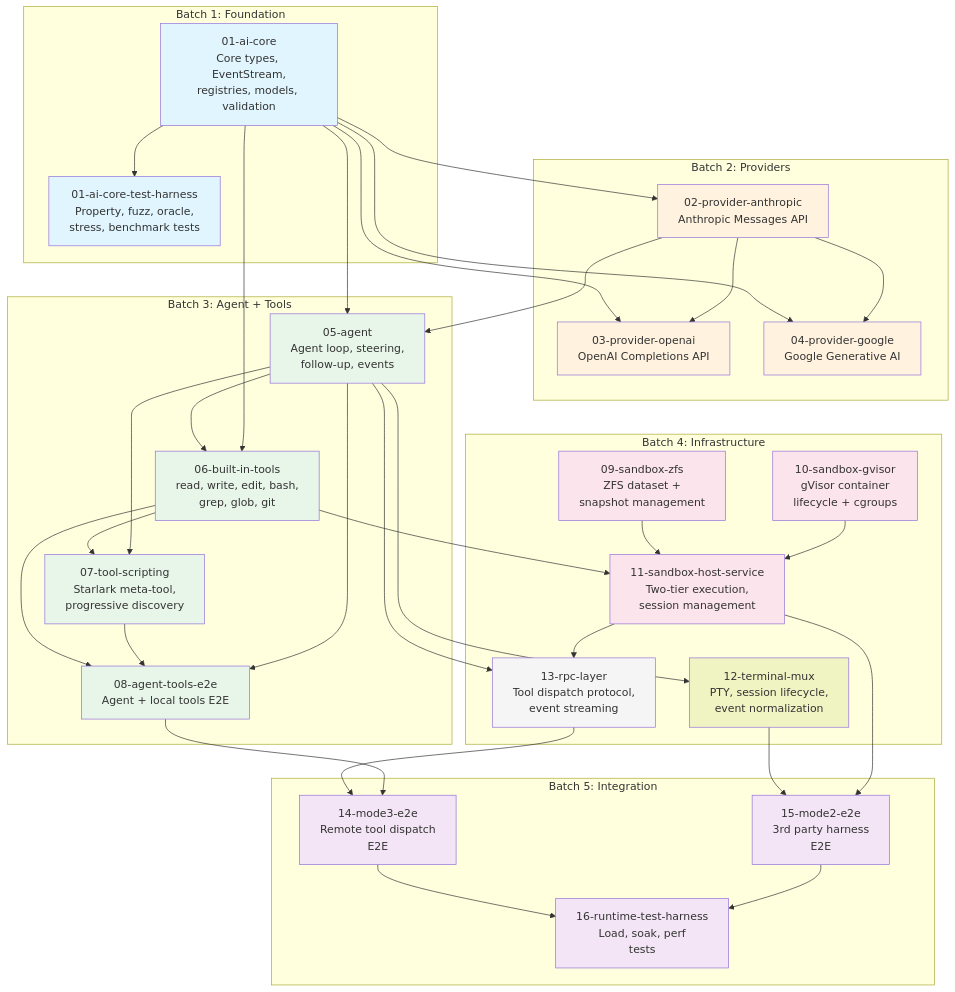
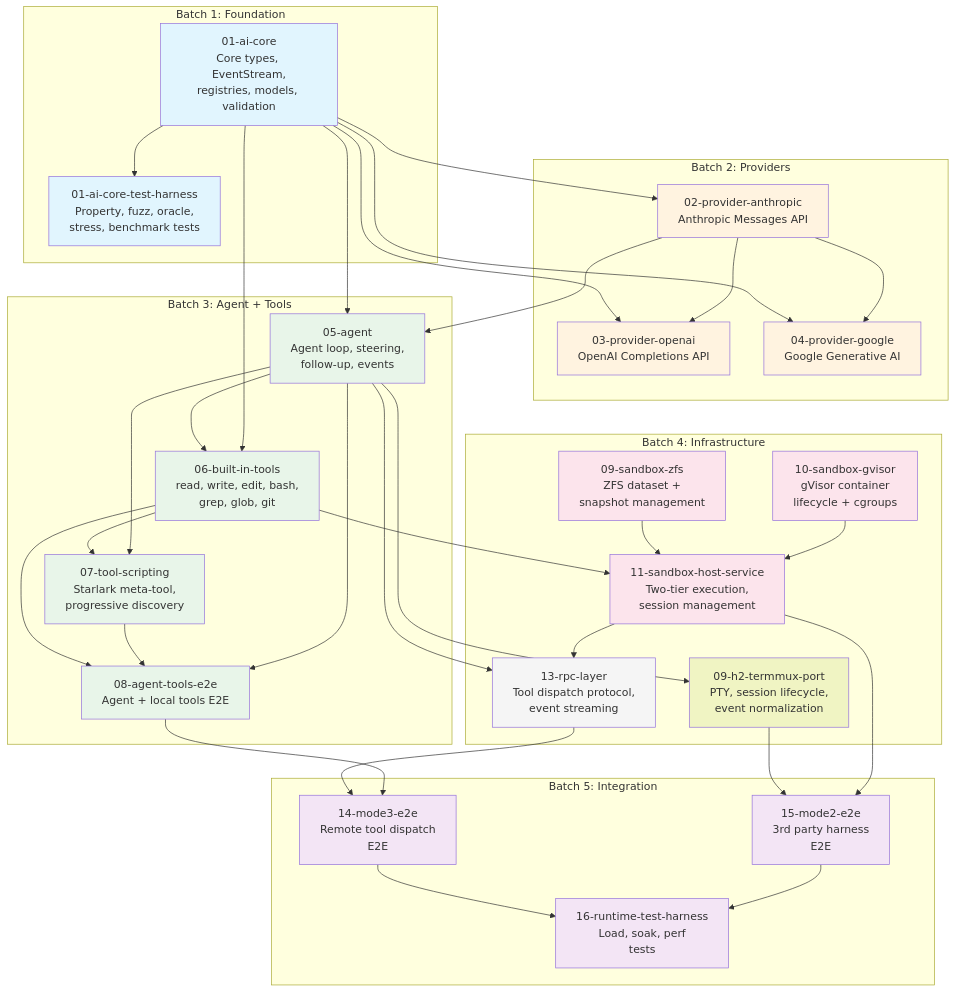
The diagram in docs/plans/00-plan-index.md (dcosson/flex-agent-runtime), drawn with Mermaid before and after one commit. The commit also changed other lines of this file and 2 other files, not shown here.

First line of the commit message:
Add terminal mux port plan, fix compaction to V1, update plan index

````diff
--- a/docs/plans/00-plan-index.md
+++ b/docs/plans/00-plan-index.md
@@ -83,82 +83,82 @@
 ```mermaid
 graph TD
     subgraph "Batch 1: Foundation"
         A[01-ai-core<br/>Core types, EventStream,<br/>registries, models, validation]
         AH[01-ai-core-test-harness<br/>Property, fuzz, oracle,<br/>stress, benchmark tests]
     end
 
     subgraph "Batch 2: Providers"
         B[02-provider-anthropic<br/>Anthropic Messages API]
         C[03-provider-openai<br/>OpenAI Completions API]
         D[04-provider-google<br/>Google Generative AI]
     end
 
     subgraph "Batch 3: Agent + Tools"
         E[05-agent<br/>Agent loop, steering,<br/>follow-up, events]
         F[06-built-in-tools<br/>read, write, edit, bash,<br/>grep, glob, git]
         G[07-tool-scripting<br/>Starlark meta-tool,<br/>progressive discovery]
         H[08-agent-tools-e2e<br/>Agent + local tools E2E]
     end
 
     subgraph "Batch 4: Infrastructure"
         I[09-sandbox-zfs<br/>ZFS dataset +<br/>snapshot management]
         J[10-sandbox-gvisor<br/>gVisor container<br/>lifecycle + cgroups]
         K[11-sandbox-host-service<br/>Two-tier execution,<br/>session management]
-        L[12-terminal-mux<br/>PTY, session lifecycle,<br/>event normalization]
+        L[09-h2-termmux-port<br/>PTY, session lifecycle,<br/>event normalization]
         M[13-rpc-layer<br/>Tool dispatch protocol,<br/>event streaming]
     end
 
     subgraph "Batch 5: Integration"
         N[14-mode3-e2e<br/>Remote tool dispatch<br/>E2E]
         O[15-mode2-e2e<br/>3rd party harness<br/>E2E]
         P[16-runtime-test-harness<br/>Load, soak, perf<br/>tests]
     end
 
     A --> AH
     A --> B
     A --> C
     A --> D
     B --> C
     B --> D
     B --> E
     A --> E
     E --> F
     A --> F
     F --> G
     E --> G
     F --> H
     G --> H
     E --> H
 
     I --> K
     J --> K
     F --> K
     E --> L
     K --> M
     E --> M
 
     M --> N
     H --> N
     L --> O
     K --> O
     N --> P
     O --> P
 
     style A fill:#e1f5fe
     style AH fill:#e1f5fe
     style B fill:#fff3e0
     style C fill:#fff3e0
     style D fill:#fff3e0
     style E fill:#e8f5e9
     style F fill:#e8f5e9
     style G fill:#e8f5e9
     style H fill:#e8f5e9
     style I fill:#fce4ec
     style J fill:#fce4ec
     style K fill:#fce4ec
     style L fill:#f0f4c3
     style M fill:#f5f5f5
     style N fill:#f3e5f5
     style O fill:#f3e5f5
     style P fill:#f3e5f5
 ```
````
